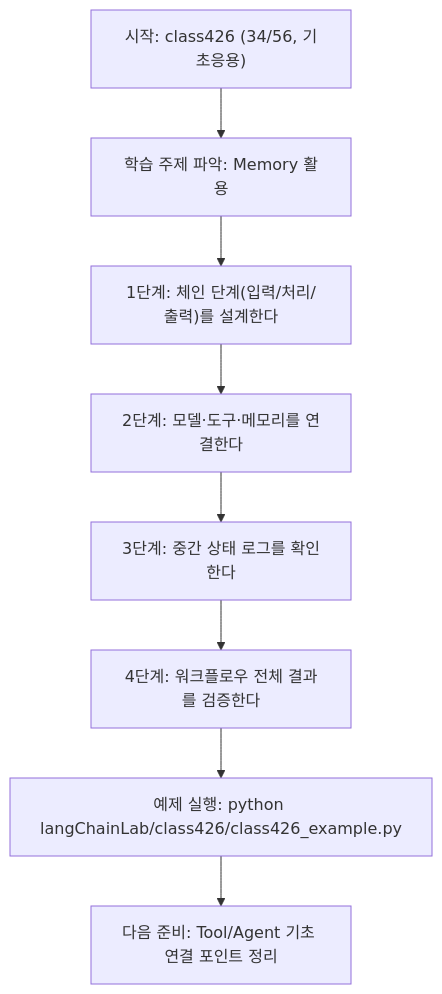
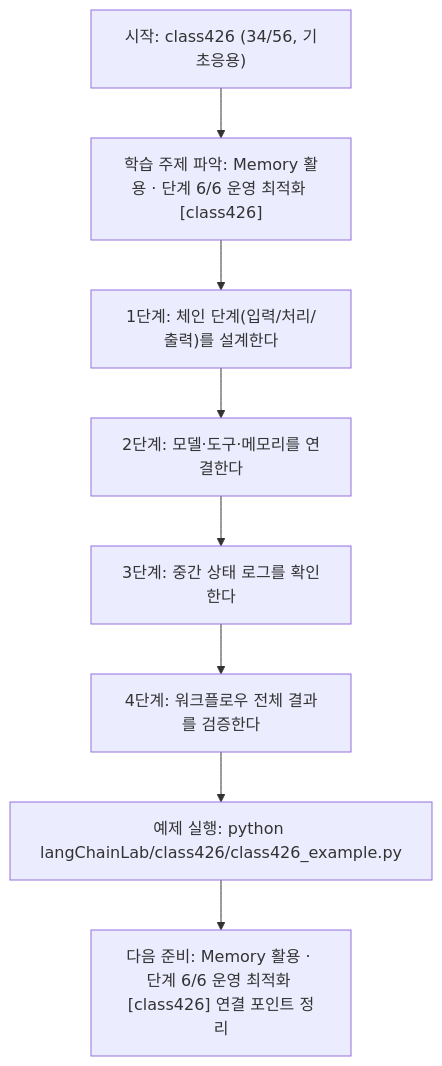
The diagram in langChainLab/class426/class426.md (edumgt/Python-AI_Agent-Class), drawn with Mermaid before and after one commit. The commit also changed other lines of this file and 522 other files, not shown here.

````diff
--- a/langChainLab/class426/class426.md
+++ b/langChainLab/class426/class426.md
@@ -108,18 +109,18 @@
 ```mermaid
 flowchart TD
 N1["시작: class426 (34/56, 기초응용)"]
-N2["학습 주제 파악: Memory 활용"]
+N2["학습 주제 파악: Memory 활용 · 단계 6/6 운영 최적화 [class426]"]
 N3["1단계: 체인 단계(입력/처리/출력)를 설계한다"]
 N4["2단계: 모델·도구·메모리를 연결한다"]
 N5["3단계: 중간 상태 로그를 확인한다"]
 N6["4단계: 워크플로우 전체 결과를 검증한다"]
 N7["예제 실행: python langChainLab/class426/class426_example.py"]
-N8["다음 준비: Tool/Agent 기초 연결 포인트 정리"]
+N8["다음 준비: Memory 활용 · 단계 6/6 운영 최적화 [class426] 연결 포인트 정리"]
 N1 --> N2
 N2 --> N3
 N3 --> N4
 N4 --> N5
 N5 --> N6
 N6 --> N7
 N7 --> N8
 ```
````
